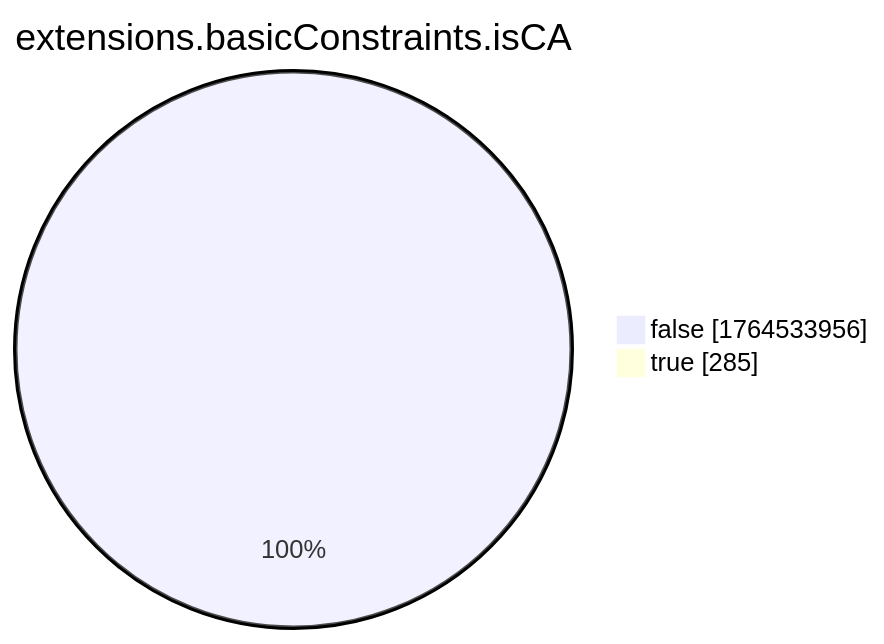
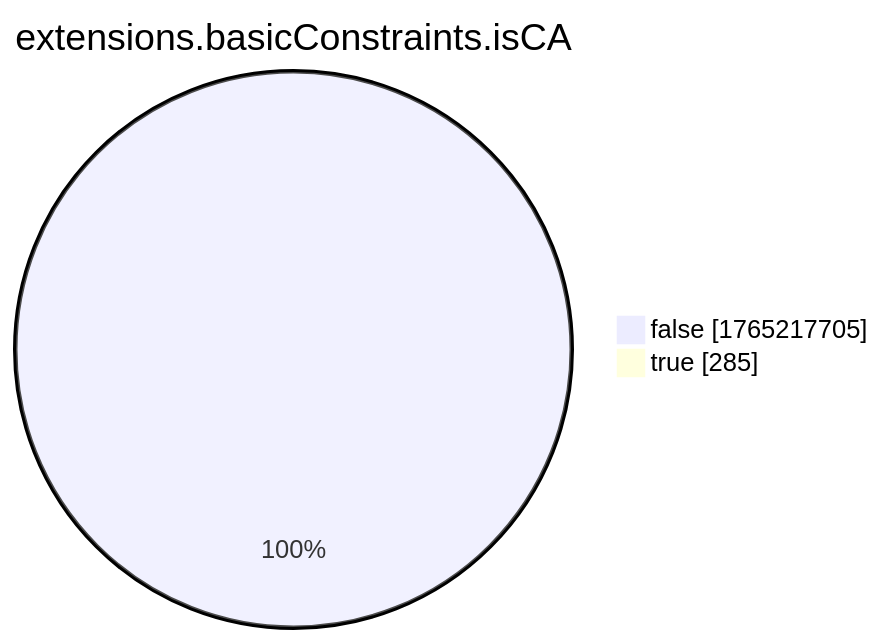
Before and after one commit to christiankrug/ctmonitor_visualization: the eighth of 15 diagrams in xenon2022/README.md, drawn with Mermaid. The commit also changed other lines of this file, not shown here.

````diff
--- a/xenon2022/README.md
+++ b/xenon2022/README.md
@@ -2868,6 +2868,6 @@
 ```mermaid
 pie showData
 title extensions.basicConstraints.isCA
-"false" :1764533956
+"false" :1765217705
 "true" :285
 ```
````
